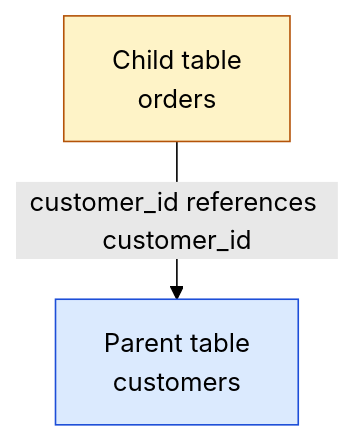
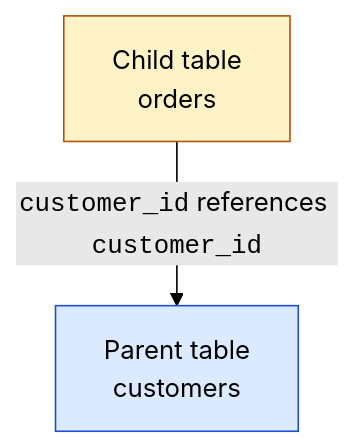
One commit to dataslope/dataslope changed the sixth of 7 diagrams in content/learn/database-design-postgresql/foreign-keys.mdx. Above: the diagram before and after it, drawn with Mermaid (forest theme). The commit also changed other lines of this file and 46 other files, not shown here.

First line of the commit message:
Wrap code in mermaid edge labels + entity/table names in DB diagrams

````diff
--- a/content/learn/database-design-postgresql/foreign-keys.mdx
+++ b/content/learn/database-design-postgresql/foreign-keys.mdx
@@ -155,8 +155,8 @@
 ```mermaid
 flowchart TB
     P["Parent table<br/>customers"]:::parent
     C["Child table<br/>orders"]:::child
-    C -->|"customer_id references customer_id"| P
+    C -->|"<code>customer_id</code> references <code>customer_id</code>"| P
     classDef parent fill:#dbeafe,stroke:#1d4ed8
     classDef child fill:#fef3c7,stroke:#b45309
 ```
````
